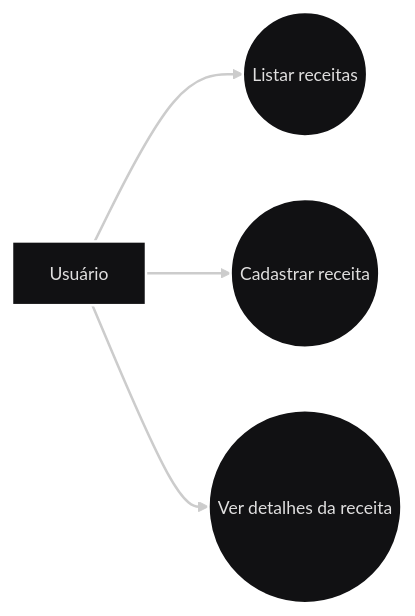
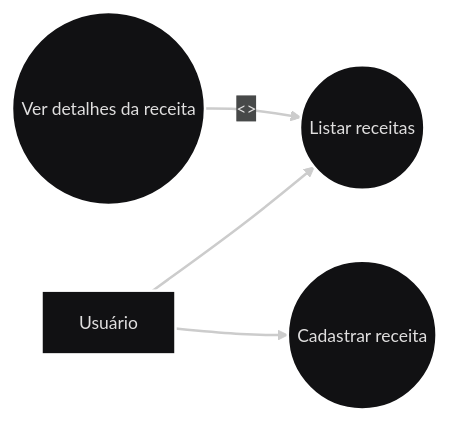
One commit to alvesgabb/projeto-integrador-web3 changed the first of 2 diagrams in docs/diagramas.md. Above: the diagram before and after it, drawn with Mermaid. The commit also changed other lines of this file, not shown here.

Commit message:
docs: adição de relacoes no diagrama de casos de uso

````diff
--- a/docs/diagramas.md
+++ b/docs/diagramas.md
@@ -34,16 +34,16 @@
 ```mermaid
 ---
 config:
   theme: redux-dark
 ---
 flowchart LR
     Usuario["Usuário"]
 
     UC1((Listar receitas))
     UC2((Cadastrar receita))
     UC3((Ver detalhes da receita))
-
+    
     Usuario --> UC1
     Usuario --> UC2
-    Usuario --> UC3
+    UC3 -->|<<include>>| UC1
 ```
````
